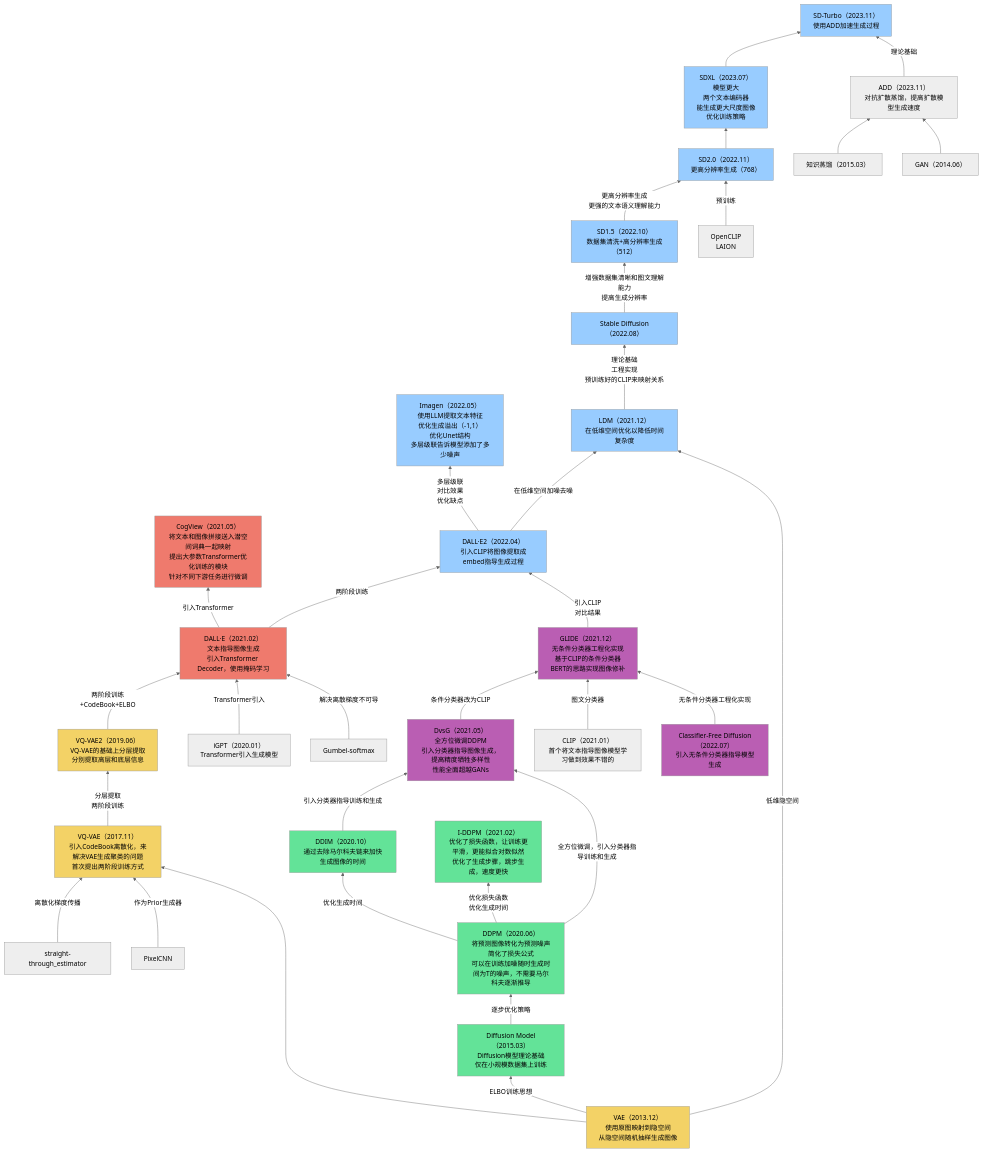
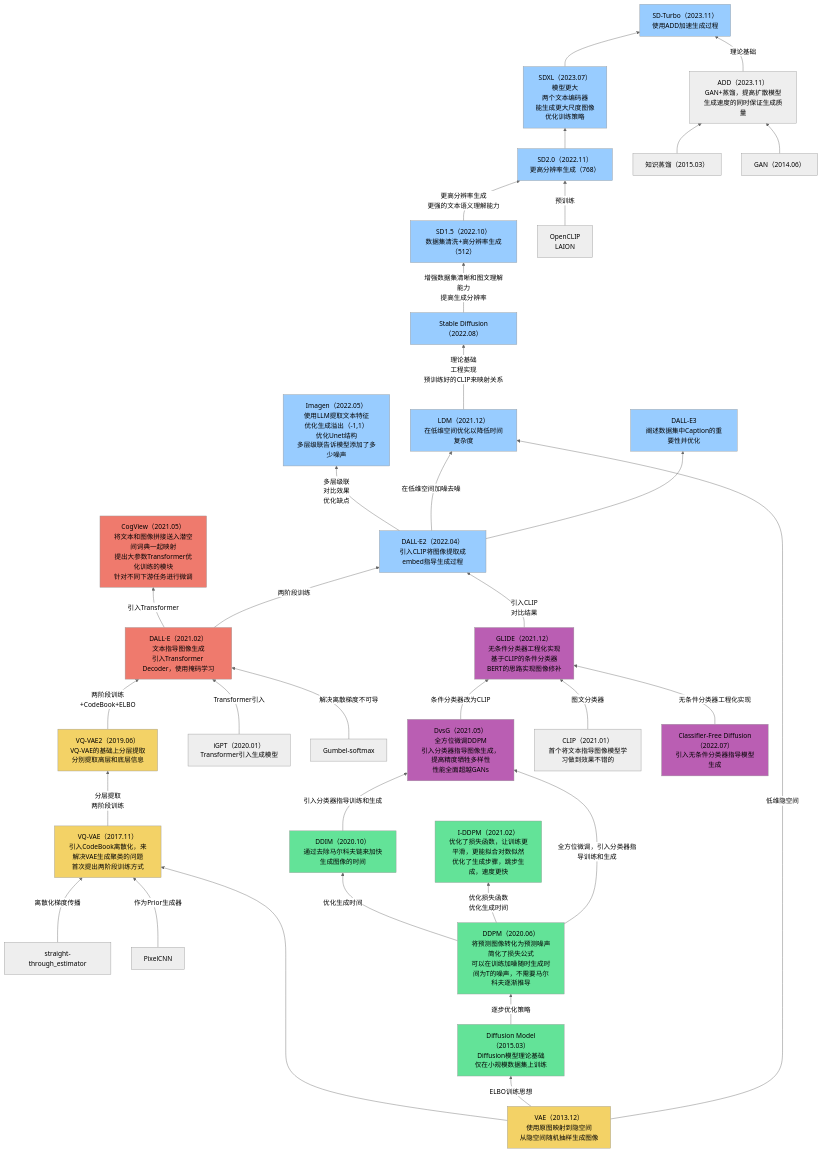
Before and after one commit to Elephant-King9/Paper: the fourth of 5 diagrams in Base_Model/GAN+VAE+Diffusion/analyse.md, drawn with Mermaid (neutral theme). The commit also changed other lines of this file and 3 other files, not shown here.

````diff
--- a/Base_Model/GAN+VAE+Diffusion/analyse.md
+++ b/Base_Model/GAN+VAE+Diffusion/analyse.md
@@ -124,6 +125,7 @@
 GLIDE-->|引入CLIP<br>对比结果|DALL-E2
 VAE-->|低维隐空间|LDM
 DALL-E2-->|在低维空间加噪去噪|LDM
+DALL-E2-->DALL-E3
 LDM-->|理论基础<br>工程实现<br>预训练好的CLIP来映射关系|Stable_Diffusion
 Stable_Diffusion-->|增强数据集清晰和图文理解能力<br>提高生成分辨率|SD1.5
 OpenCLIP-->|预训练|SD2.0
@@ -178,9 +180,11 @@
 OpenCLIP[OpenCLIP<br>LAION]
 SDXL[SDXL（2023.07）<br>模型更大<br>两个文本编码器<br>能生成更大尺度图像<br>优化训练策略]
 style SDXL fill:#98CCFF
-ADD[ADD（2023.11）<br>对抗扩散蒸馏，提高扩散模型生成速度]
+ADD[ADD（2023.11）<br>GAN+蒸馏，提高扩散模型生成速度的同时保证生成质量]
 知识蒸馏[知识蒸馏（2015.03）]
 GAN[GAN（2014.06）]
 SD-Turbo[SD-Turbo（2023.11）<br>使用ADD加速生成过程]
 style SD-Turbo fill:#98CCFF
+DALL-E3[DALL-E3<br>阐述数据集中Caption的重要性并优化]
+style DALL-E3 fill:#98CCFF
 ```
````
